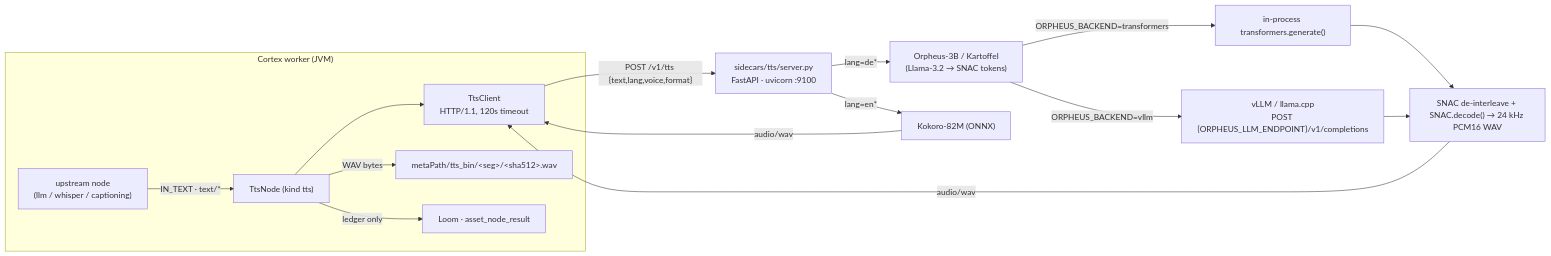
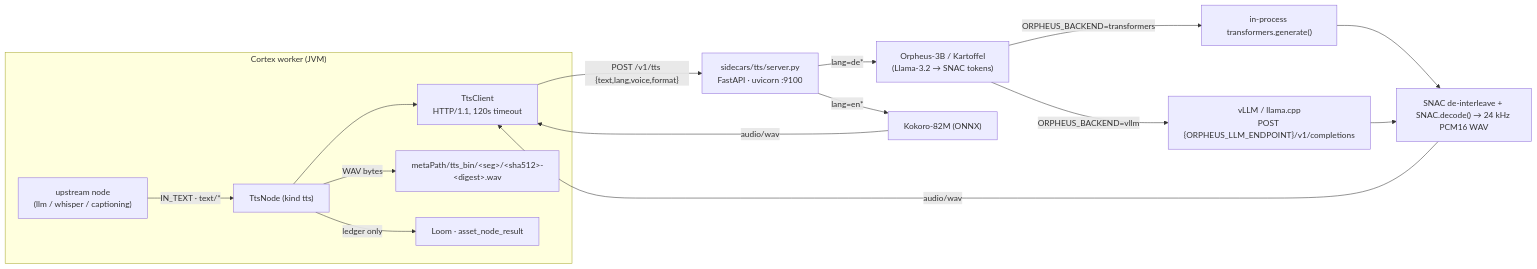
One commit to metaloom/metaloom changed the diagram in spec/sidecars/TTS_SIDECAR.md. Above: the diagram before and after it, drawn with Mermaid. The commit also changed other lines of this file and 165 other files, not shown here.

````diff
--- a/spec/sidecars/TTS_SIDECAR.md
+++ b/spec/sidecars/TTS_SIDECAR.md
@@ -25,18 +25,18 @@
 ```mermaid
 flowchart LR
   subgraph JVM["Cortex worker (JVM)"]
     UP["upstream node<br/>(llm / whisper / captioning)"] -->|"IN_TEXT · text/*"| N["TtsNode (kind tts)"]
     N --> C["TtsClient<br/>HTTP/1.1, 120s timeout"]
-    N -->|"WAV bytes"| CACHE["metaPath/tts_bin/&lt;seg&gt;/&lt;sha512&gt;.wav"]
+    N -->|"WAV bytes"| CACHE["metaPath/tts_bin/&lt;seg&gt;/&lt;sha512&gt;-&lt;digest&gt;.wav"]
     N -->|"ledger only"| LOOM["Loom · asset_node_result"]
   end
   C -->|"POST /v1/tts {text,lang,voice,format}"| S["sidecars/tts/server.py<br/>FastAPI · uvicorn :9100"]
   S -->|"lang=de*"| O["Orpheus-3B / Kartoffel<br/>(Llama-3.2 → SNAC tokens)"]
   S -->|"lang=en*"| K["Kokoro-82M (ONNX)"]
   O -->|"ORPHEUS_BACKEND=transformers"| INP["in-process transformers.generate()"]
   O -->|"ORPHEUS_BACKEND=vllm"| VLLM["vLLM / llama.cpp<br/>POST {ORPHEUS_LLM_ENDPOINT}/v1/completions"]
   INP --> SNAC["SNAC de-interleave + SNAC.decode() → 24 kHz PCM16 WAV"]
   VLLM --> SNAC
   SNAC -->|"audio/wav"| C
   K -->|"audio/wav"| C
 ```
````
